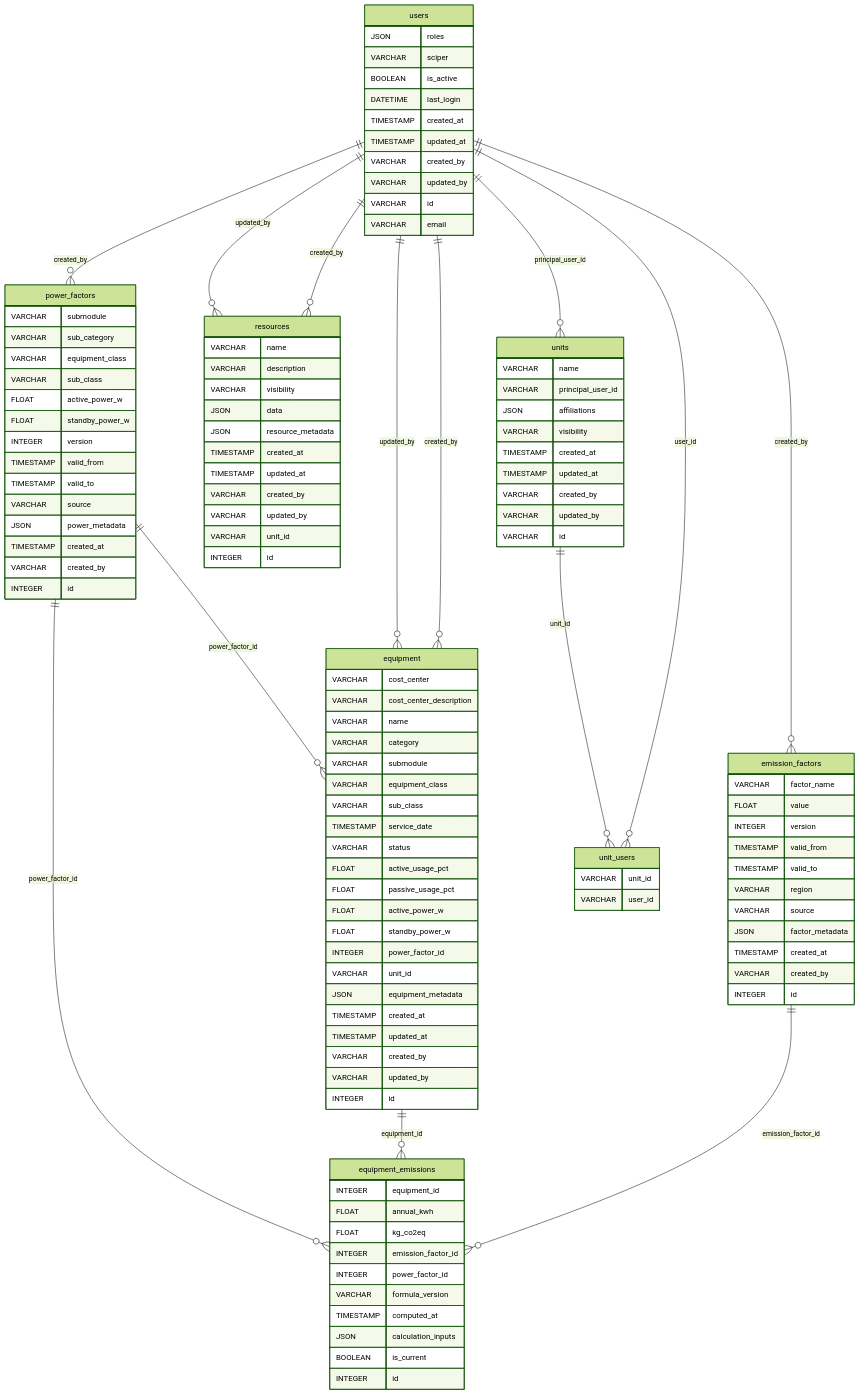
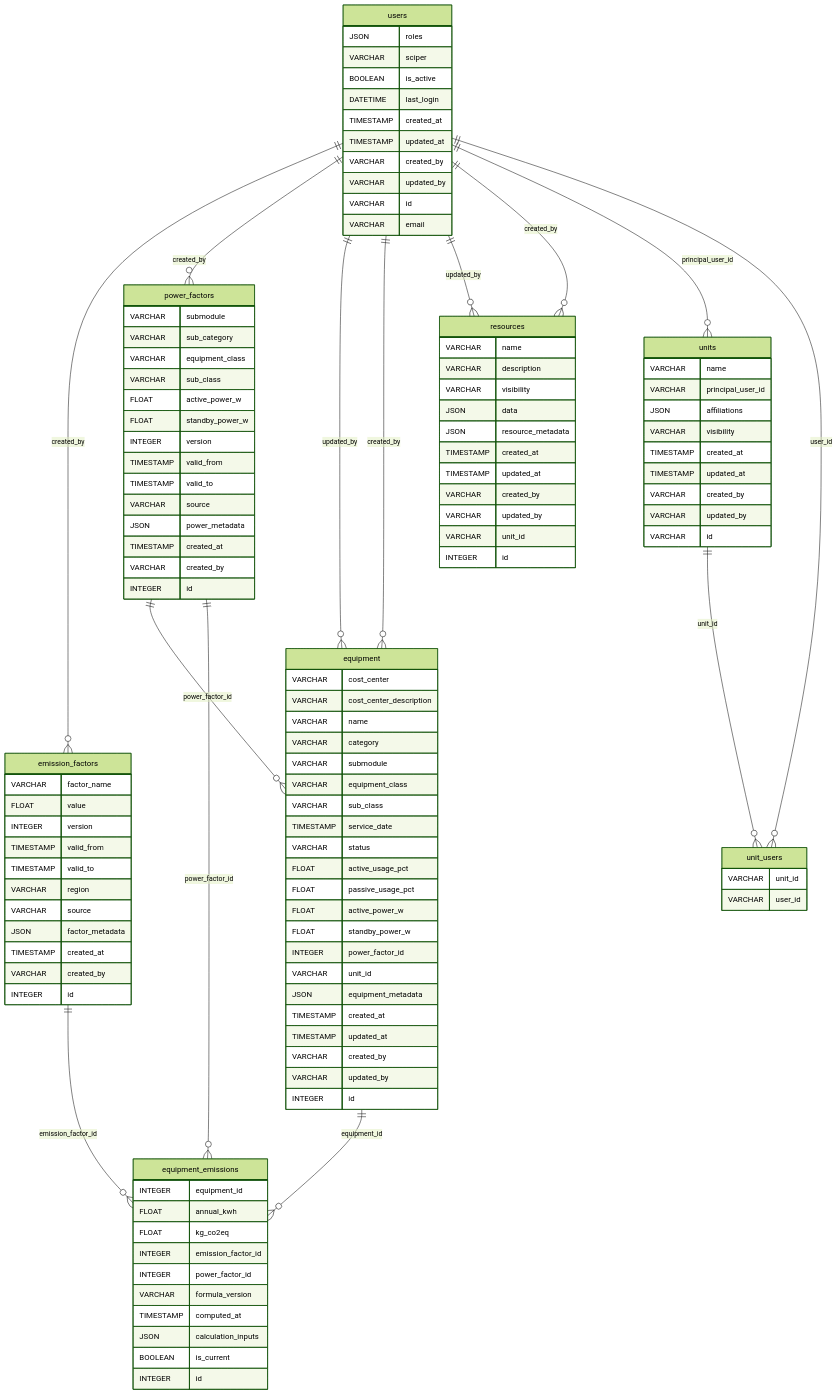
The diagram in docs/src/database/erd.md (EPFL-ENAC/co2-calculator), drawn with Mermaid (forest theme) before and after one commit. The commit also changed other lines of this file and 1 other file, not shown here.

```diff
--- a/docs/src/database/erd.md
+++ b/docs/src/database/erd.md
@@ -108,14 +108,14 @@
   }
   users ||--}o emission_factors : created_by
   users ||--}o power_factors : created_by
-  users ||--}o equipment : created_by
   users ||--}o equipment : updated_by
   power_factors ||--}o equipment : power_factor_id
+  users ||--}o equipment : created_by
+  power_factors ||--}o equipment_emissions : power_factor_id
   emission_factors ||--}o equipment_emissions : emission_factor_id
   equipment ||--}o equipment_emissions : equipment_id
-  power_factors ||--}o equipment_emissions : power_factor_id
+  users ||--}o resources : updated_by
   users ||--}o resources : created_by
-  users ||--}o resources : updated_by
   users ||--}o units : principal_user_id
   users ||--}o unit_users : user_id
   units ||--}o unit_users : unit_id
```
